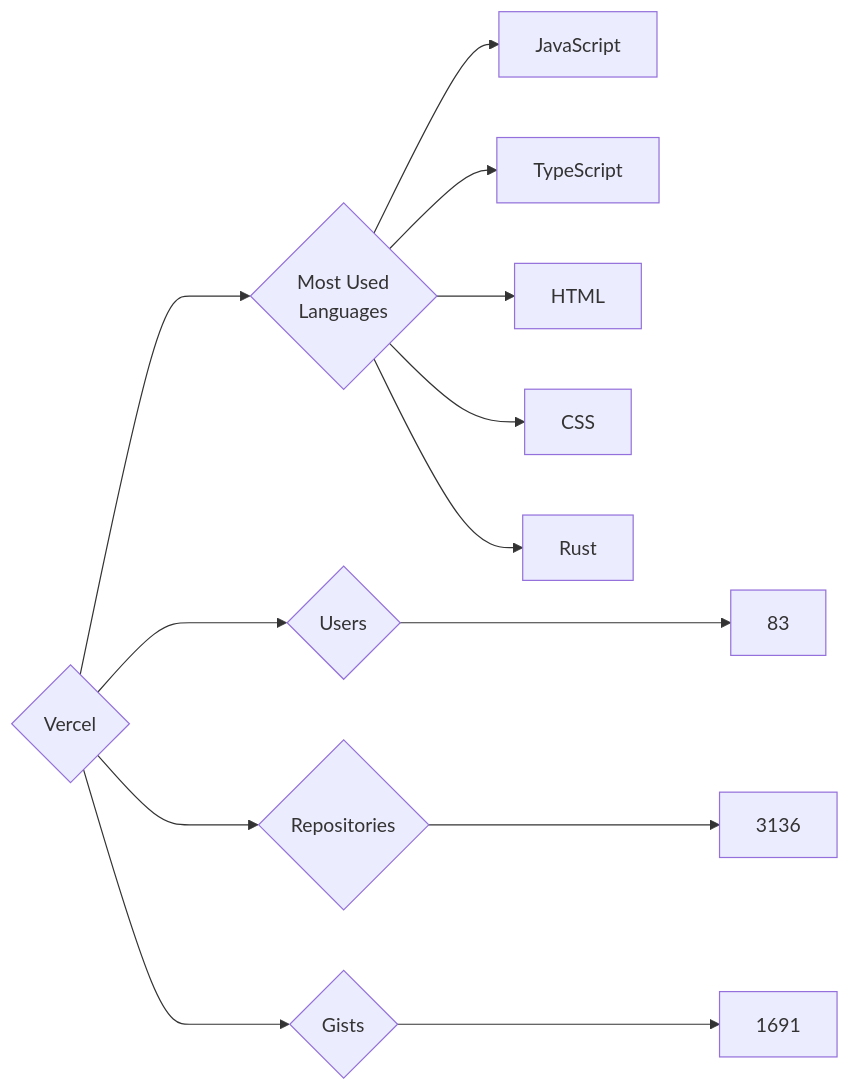
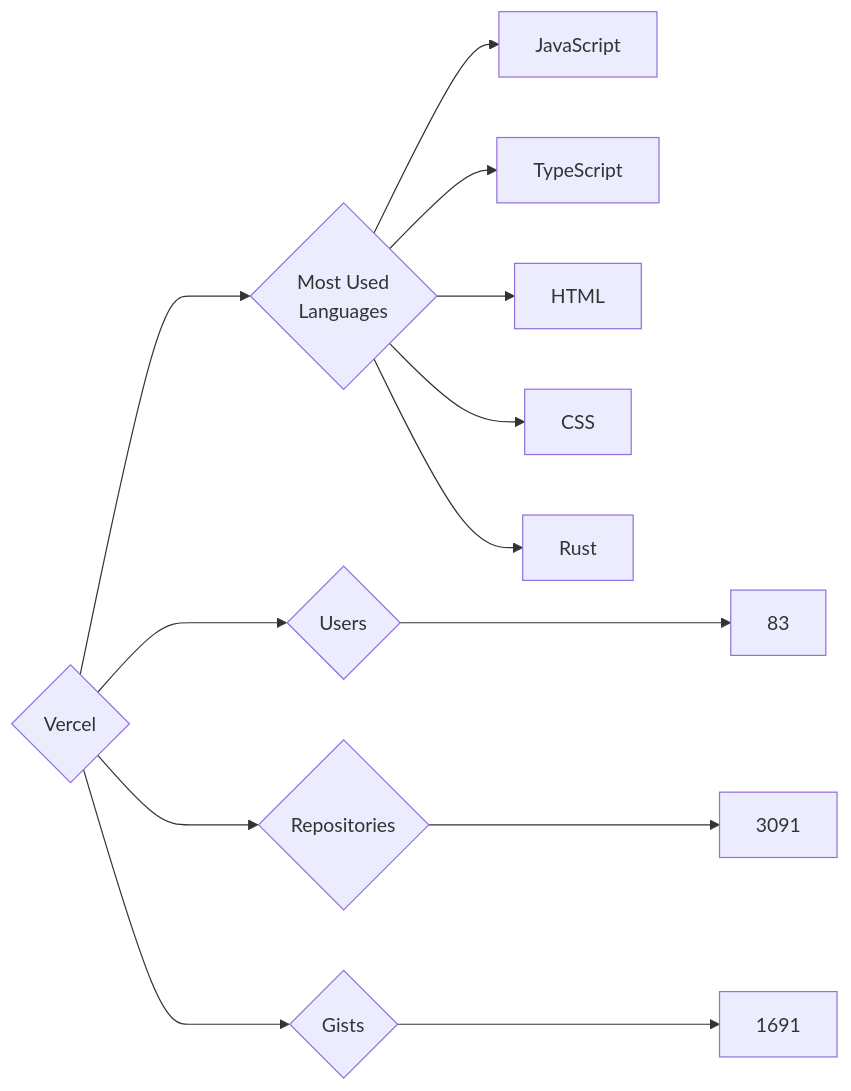
The diagram in targets/Vercel/README.md (trickest/insiders), drawn with Mermaid before and after one commit. The commit also changed 1389 other files, not shown here.

````diff
--- a/targets/Vercel/README.md
+++ b/targets/Vercel/README.md
@@ -3,13 +3,13 @@
 ```mermaid
 graph LR
 COMPANY_NAME{Vercel}
 COMPANY_NAME ---> U{Users} ---> UN[83]
-COMPANY_NAME ---> R{Repositories} ---> RN[3136]
+COMPANY_NAME ---> R{Repositories} ---> RN[3091]
 COMPANY_NAME ---> G{Gists} ---> GN[1691]
 COMPANY_NAME ---> ML{Most Used<br>Languages}
 ML --> JavaScript[JavaScript]
 ML --> TypeScript[TypeScript]
 ML --> HTML[HTML]
 ML --> CSS[CSS]
 ML --> Rust[Rust]
 ```
````
